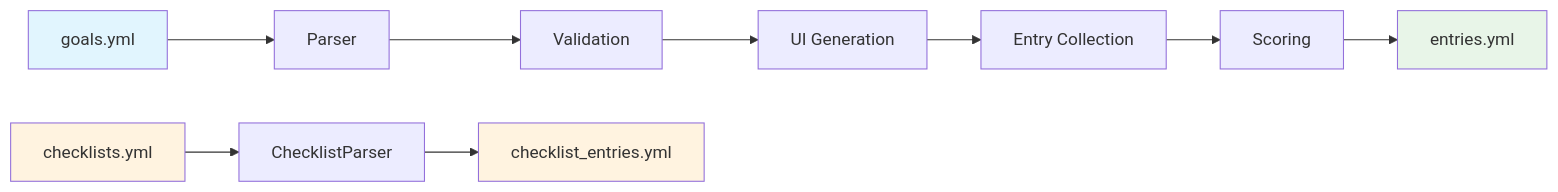
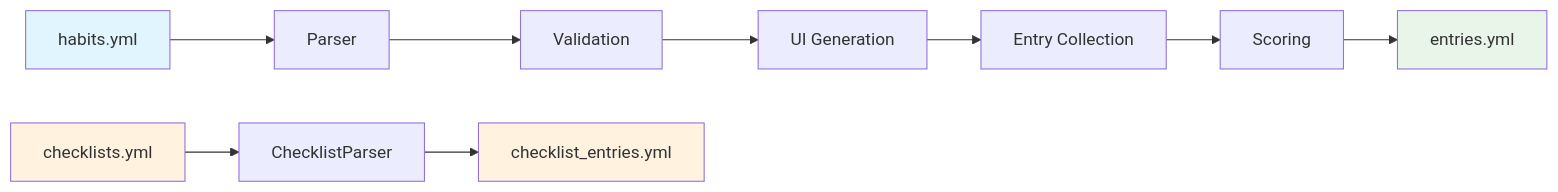
Before and after one commit to davidlee/iter: the diagram in doc/architecture.md, drawn with Mermaid. The commit also changed other lines of this file and 214 other files, not shown here.

````diff
--- a/doc/architecture.md
+++ b/doc/architecture.md
@@ -103,17 +103,17 @@
 ```mermaid
 graph LR
-    A[goals.yml] --> B[Parser]
+    A[habits.yml] --> B[Parser]
     B --> C[Validation]
     C --> D[UI Generation]
     D --> E[Entry Collection]
     E --> F[Scoring]
     F --> G[entries.yml]
     
     H[checklists.yml] --> I[ChecklistParser]
     I --> J[checklist_entries.yml]
     
     style A fill:#e1f5fe
     style G fill:#e8f5e8
     style H fill:#fff3e0
     style J fill:#fff3e0
 ```
````
